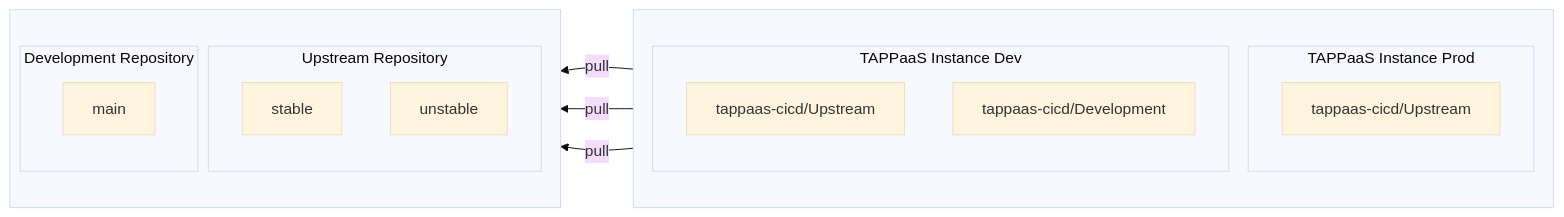
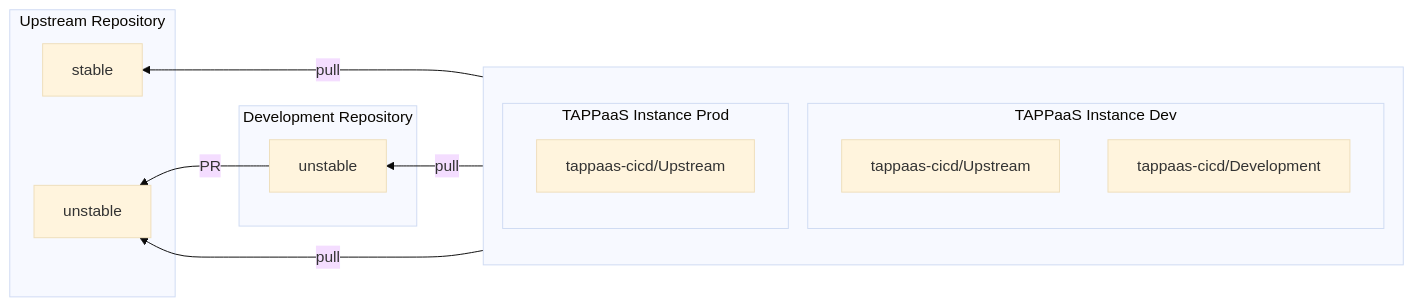
One commit to TAPPaaS/Documentation changed the fifth of 5 diagrams in docs/architecture/cicd-design/git-structure.md. Above: the diagram before and after it, drawn with Mermaid (base theme). The commit also changed other lines of this file, not shown here.

Commit message:
Dev setup

````diff
--- a/docs/architecture/cicd-design/git-structure.md
+++ b/docs/architecture/cicd-design/git-structure.md
@@ -151,28 +151,26 @@
 ```mermaid
 flowchart RL
-    subgraph Sources[" "]
-        direction TB
-        subgraph Upstream[Upstream Repository]
-            up_stable[stable]
-            up_unstable[unstable]
-        end
-        subgraph Development[Development Repository]
-            dev_main[main]
-        end
+    subgraph Development[Development Repository]
+        dev_unstable[unstable]
+    end
+    subgraph Upstream[Upstream Repository]
+        up_stable[stable]
+        up_unstable[unstable]
     end
 
     subgraph Instances[" "]
         direction TB
-        subgraph InstanceProd[TAPPaaS Instance Prod]
-            localProd[tappaas-cicd/Upstream]
-        end
         subgraph InstanceDev[TAPPaaS Instance Dev]
             localDev[tappaas-cicd/Upstream]
             localDev_dev[tappaas-cicd/Development]
+        end
+        subgraph InstanceProd[TAPPaaS Instance Prod]
+            localProd[tappaas-cicd/Upstream]
         end
     end
 
     localProd -->|pull| up_stable
     localDev -->|pull| up_unstable
-    localDev_dev -->|pull| dev_main
+    localDev_dev -->|pull| dev_unstable
+    dev_unstable --> |PR| up_unstable
 ```
````
